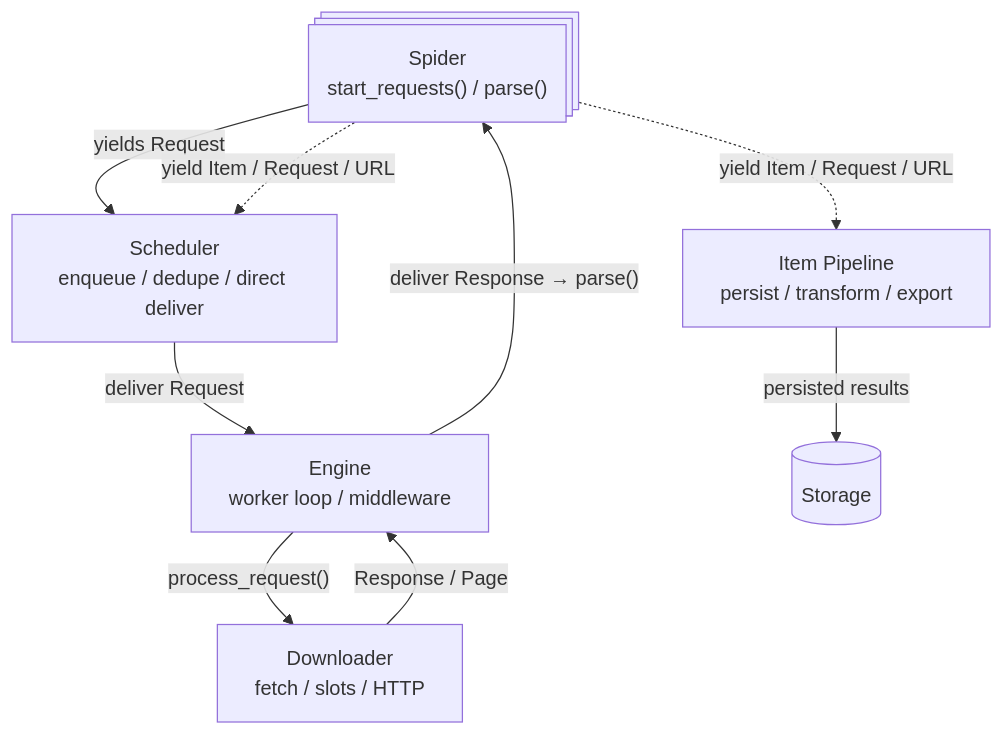
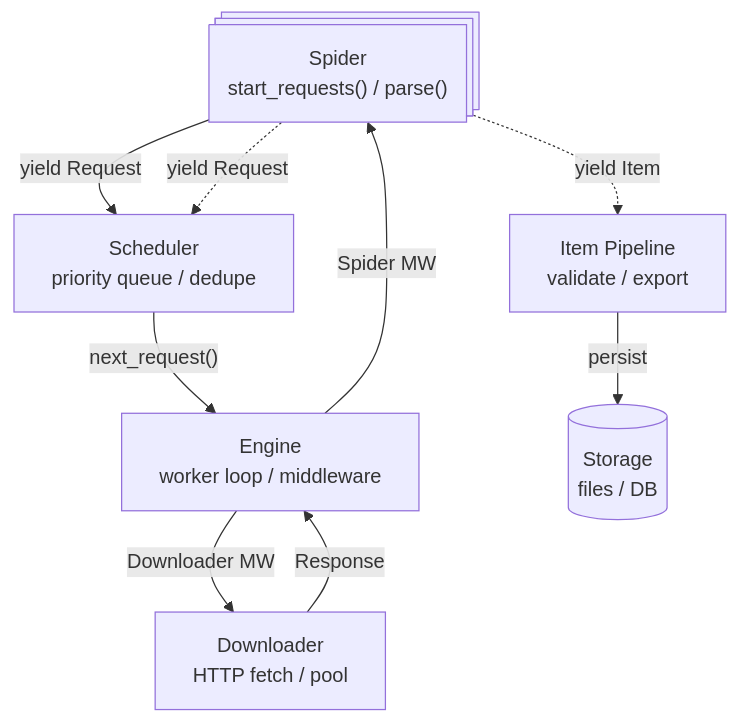
One commit to vasiliyk/qcrawl changed the diagram in docs/extending/architecture_overview.md. Above: the diagram before and after it, drawn with Mermaid. The commit also changed other lines of this file and 14 other files, not shown here.

````diff
--- a/docs/extending/architecture_overview.md
+++ b/docs/extending/architecture_overview.md
@@ -16,23 +109,21 @@
 ```mermaid
 flowchart TB
+  SPIDER@{ shape: processes, label: "Spider<br/>start_requests() / parse()" }
+  SCHED[Scheduler<br/>priority queue / dedupe]
+  ENGINE[Engine<br/>worker loop / middleware]
+  DOWNLOADER[Downloader<br/>HTTP fetch / pool]
+  PIPELINE[Item Pipeline<br/>validate / export]
+  STORAGE[("Storage<br/>files / DB")]
 
-  %% Components
-  SPIDER@{ shape: processes, label: "Spider<br/>start_requests() / parse()", class: comp }
-  SCHED[Scheduler<br/>enqueue / dedupe / direct deliver]:::infra
-  ENGINE[Engine<br/>worker loop / middleware]:::core
-  DOWNLOADER[Downloader<br/>fetch / slots / HTTP]:::infra
-  STORAGE[("Storage")]:::Storage
-  PIPELINE[Item Pipeline<br/>persist / transform / export]:::proc
+  %% Request flow
+  SPIDER -->|"yield Request"| SCHED
+  SCHED -->|"next_request()"| ENGINE
+  ENGINE -->|"Downloader MW"| DOWNLOADER
+  DOWNLOADER -->|"Response"| ENGINE
+  ENGINE -->|"Spider MW"| SPIDER
 
-  %% Hot path: request -> download -> parse -> output
-  SPIDER -->|yields Request| SCHED
-  SCHED -->|deliver Request| ENGINE
-  ENGINE -->|"process_request()"| DOWNLOADER
-  DOWNLOADER -->|Response / Page| ENGINE
-  ENGINE -->|"deliver Response → parse()"| SPIDER
-
-  %% Outputs and feedback
-  SPIDER -.->|yield Item / Request / URL| SCHED
-  SPIDER -.->|yield Item / Request / URL| PIPELINE
-  PIPELINE -->|persisted results| STORAGE
+  %% Output flow
+  SPIDER -.->|"yield Item"| PIPELINE
+  SPIDER -.->|"yield Request"| SCHED
+  PIPELINE -->|"persist"| STORAGE
 ```
````
